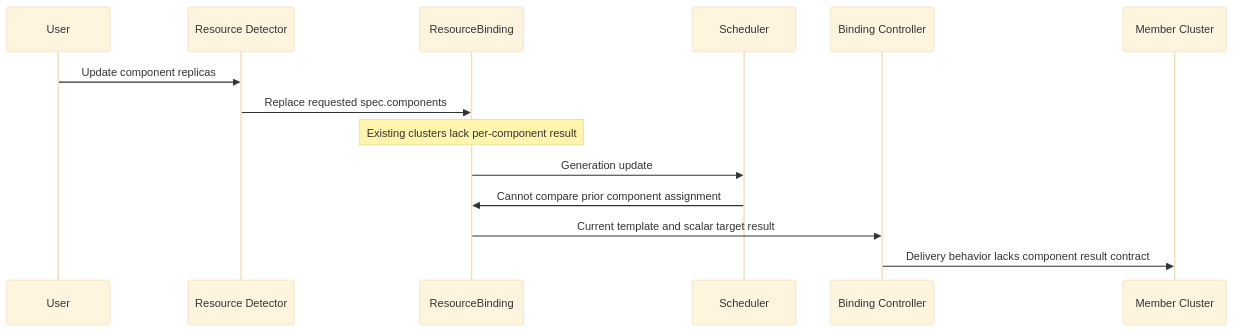
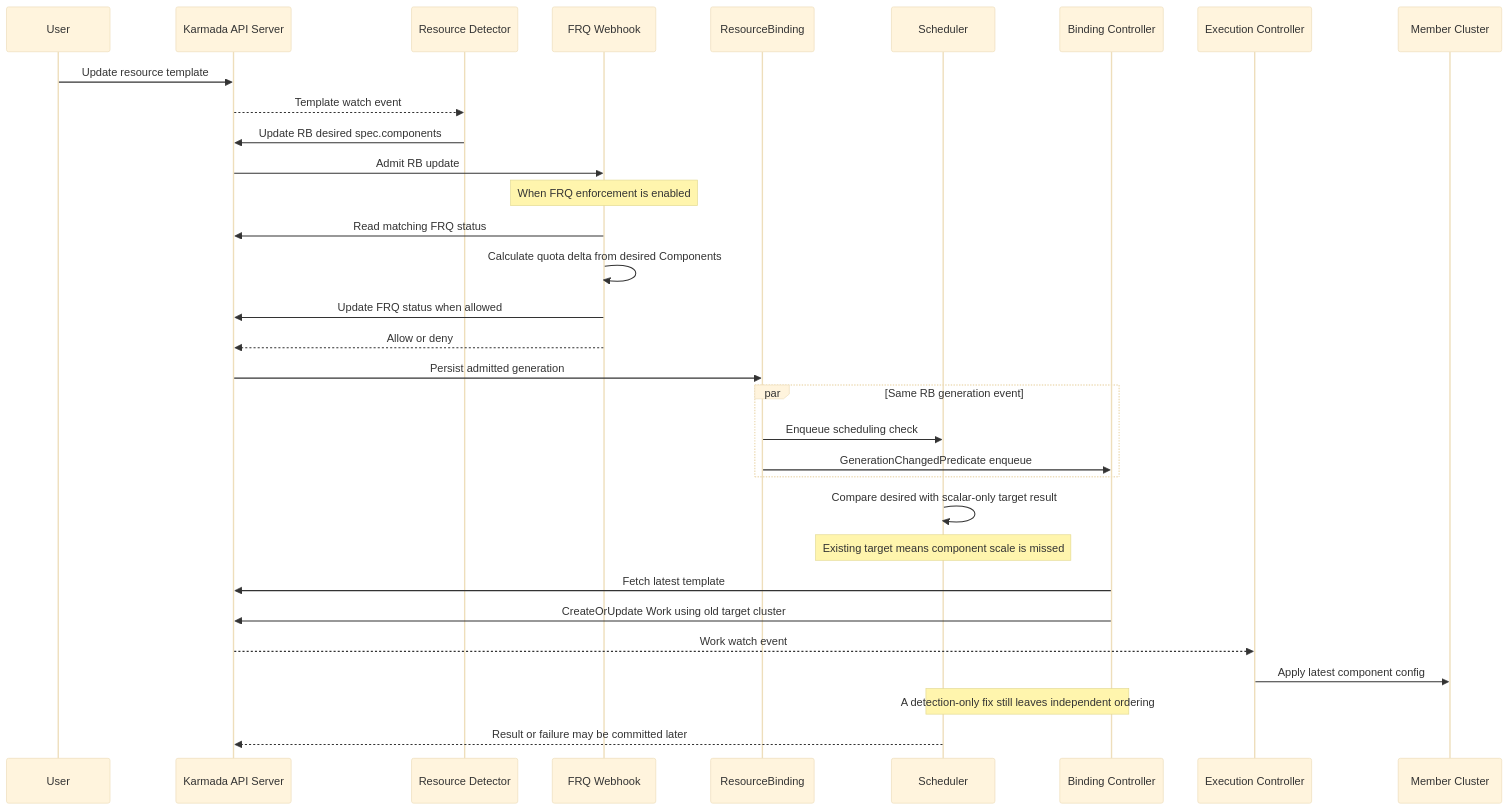
The diagram in internship-reports/day42-issue7492-multi-component-scale-rescheduling-intake.md (ranxi2001/karmada), drawn with Mermaid (base theme) before and after one commit. The commit also changed other lines of this file and 3 other files, not shown here.

````diff
--- a/internship-reports/day42-issue7492-multi-component-scale-rescheduling-intake.md
+++ b/internship-reports/day42-issue7492-multi-component-scale-rescheduling-intake.md
@@ -63,16 +169,35 @@
 ```mermaid
 sequenceDiagram
     participant User
+    participant API as Karmada API Server
     participant Detector as Resource Detector
-    participant Binding as ResourceBinding
+    participant Webhook as FRQ Webhook
+    participant RB as ResourceBinding
     participant Scheduler
-    participant Controller as Binding Controller
+    participant BC as Binding Controller
+    participant EC as Execution Controller
     participant Member as Member Cluster
-    User->>Detector: Update component replicas
-    Detector->>Binding: Replace requested spec.components
-    Note over Binding: Existing clusters lack per-component result
-    Binding->>Scheduler: Generation update
-    Scheduler->>Binding: Cannot compare prior component assignment
-    Binding->>Controller: Current template and scalar target result
-    Controller->>Member: Delivery behavior lacks component result contract
+
+    User->>API: Update resource template
+    API-->>Detector: Template watch event
+    Detector->>API: Update RB desired spec.components
+    API->>Webhook: Admit RB update
+    Note over Webhook: When FRQ enforcement is enabled
+    Webhook->>API: Read matching FRQ status
+    Webhook->>Webhook: Calculate quota delta from desired Components
+    Webhook->>API: Update FRQ status when allowed
+    Webhook-->>API: Allow or deny
+    API->>RB: Persist admitted generation
+    par Same RB generation event
+        RB->>Scheduler: Enqueue scheduling check
+        RB->>BC: GenerationChangedPredicate enqueue
+    end
+    Scheduler->>Scheduler: Compare desired with scalar-only target result
+    Note over Scheduler: Existing target means component scale is missed
+    BC->>API: Fetch latest template
+    BC->>API: CreateOrUpdate Work using old target cluster
+    API-->>EC: Work watch event
+    EC->>Member: Apply latest component config
+    Note over Scheduler,BC: A detection-only fix still leaves independent ordering
+    Scheduler-->>API: Result or failure may be committed later
 ```
````
